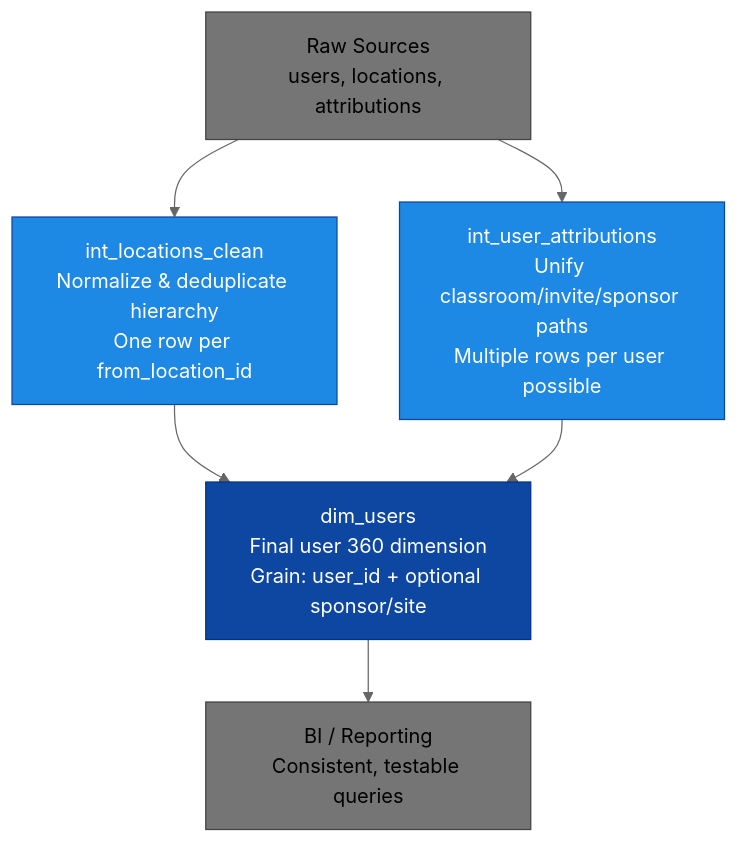
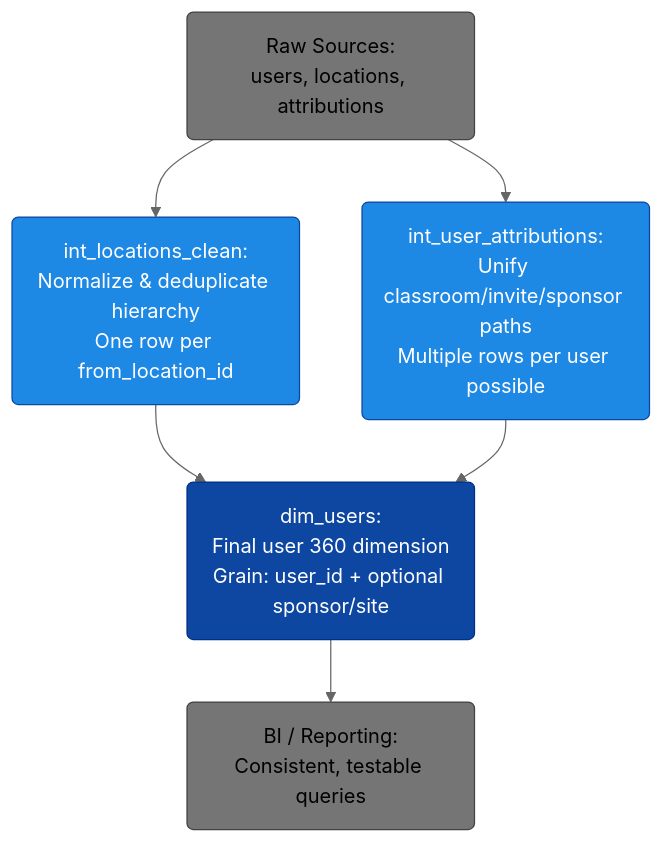
One commit to space-lumps/bigquery-dbt-user-dimension changed the diagram in README.md. Above: the diagram before and after it, drawn with Mermaid (neutral theme). The commit also changed other lines of this file and 1 other file, not shown here.

Commit message:
docs(readme): add User 360 data flow diagram with mobile-friendly image fallback

````diff
--- a/README.md
+++ b/README.md
@@ -46,14 +62,14 @@
 ```mermaid
 graph TD
-    A[Raw Sources<br>users, locations, attributions] --> B[int_locations_clean<br>Normalize & deduplicate hierarchy<br>One row per from_location_id]
-    A --> C[int_user_attributions<br>Unify classroom/invite/sponsor paths<br>Multiple rows per user possible]
-    B --> D[dim_users<br>Final user 360 dimension<br>Grain: user_id + optional sponsor/site]
+    A(Raw Sources:<br>users, locations, attributions) --> B(int_locations_clean:<br>Normalize & deduplicate hierarchy<br>One row per from_location_id)
+    A --> C(int_user_attributions:<br>Unify classroom/invite/sponsor paths<br>Multiple rows per user possible)
+    B --> D(dim_users:<br>Final user 360 dimension<br>Grain: user_id + optional sponsor/site)
     C --> D
-    D --> E[BI / Reporting<br>Consistent, testable queries]
+    D --> E(BI / Reporting:<br>Consistent, testable queries)
 
     style A fill:#757575,stroke:#424242
     style B fill:#1e88e5,stroke:#0d47a1,color:#fff
     style C fill:#1e88e5,stroke:#0d47a1,color:#fff
     style D fill:#0d47a1,stroke:#003087,color:#fff
     style E fill:#757575,stroke:#424242
 ```
````
